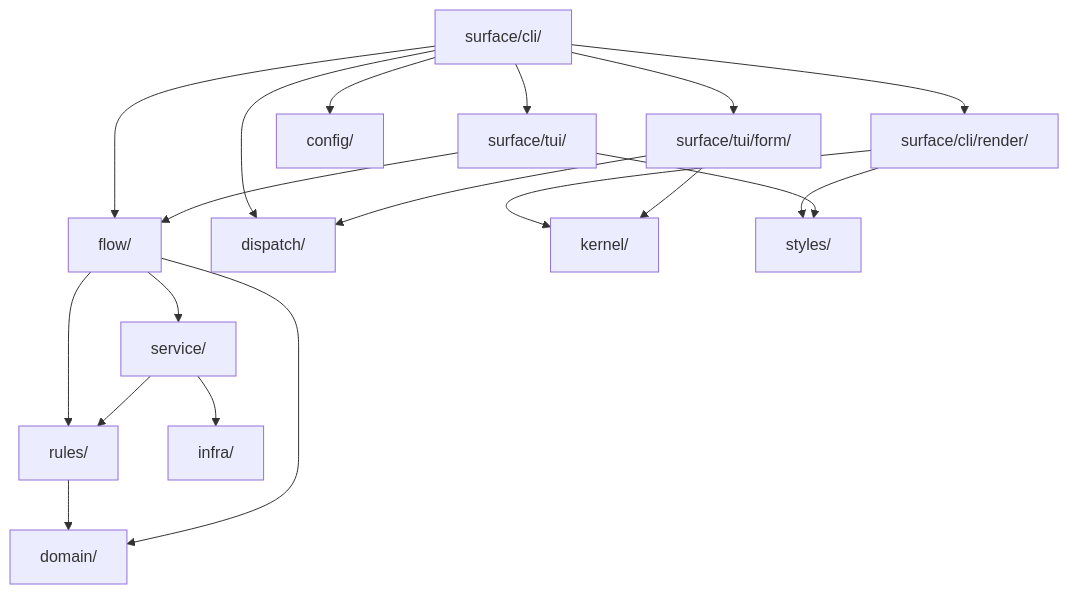
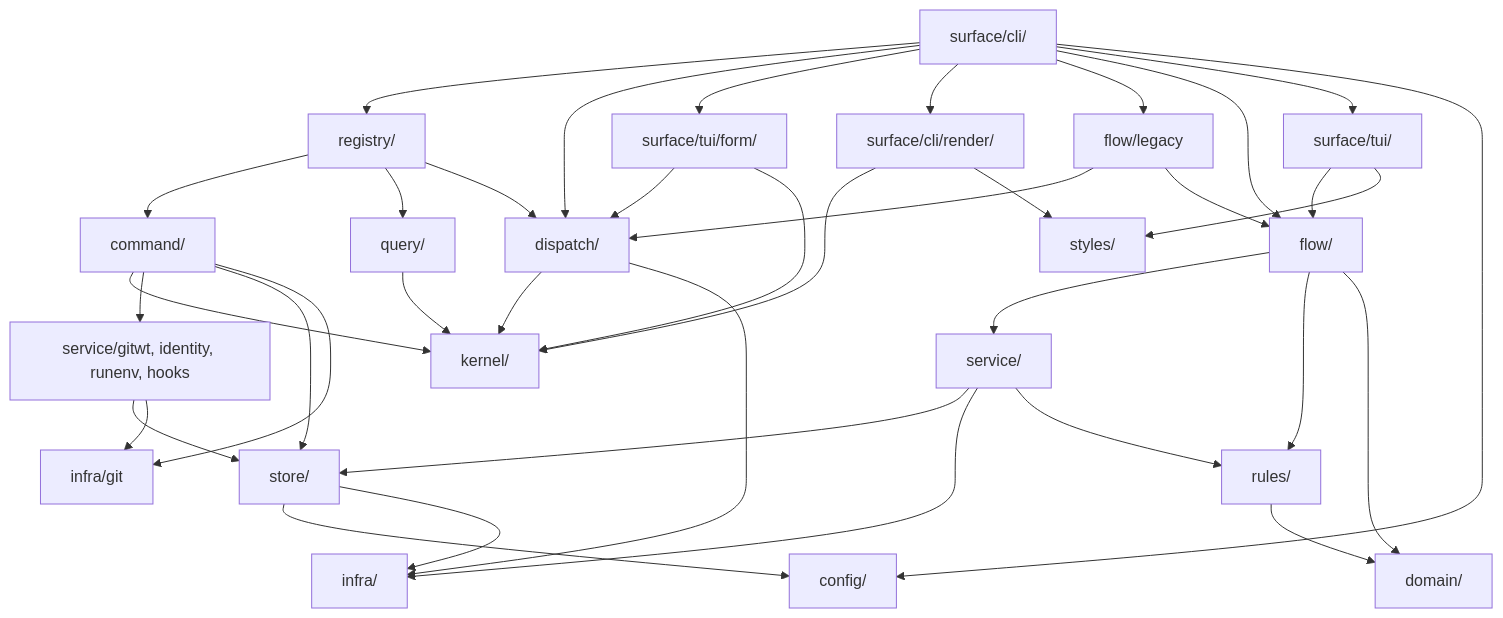
One commit to LucasPcq/wtm changed the diagram in docs/dev/architecture.md. Above: the diagram before and after it, drawn with Mermaid. The commit also changed other lines of this file and 10 other files, not shown here.

````diff
--- a/docs/dev/architecture.md
+++ b/docs/dev/architecture.md
@@ -179,21 +184,40 @@
 ```mermaid
 flowchart TD
-  commands["surface/cli/"] --> flow["flow/"]
-  commands --> output["surface/cli/render/"]
-  commands --> tui["surface/tui/"]
-  commands --> config["config/"]
-  commands --> dispatch["dispatch/"]
-  output --> kernel["kernel/"]
-  commands --> form["surface/tui/form/"]
+  cli["surface/cli/"] --> registry["registry/"]
+  cli --> dispatch["dispatch/"]
+  cli --> form["surface/tui/form/"]
+  cli --> output["surface/cli/render/"]
+  cli --> legacy["flow/legacy"]
+  cli --> flow["flow/"]
+  cli --> tui["surface/tui/"]
+  cli --> config["config/"]
+  registry --> command["command/"]
+  registry --> query["query/"]
+  registry --> dispatch
   form --> dispatch
   form --> kernel
+  output --> kernel["kernel/"]
+  legacy --> dispatch
+  legacy --> flow
+  dispatch --> kernel
+  dispatch --> infra["infra/"]
+  command --> kernel
+  command --> engineservices["service/gitwt, identity, runenv, hooks"]
+  command --> store["store/"]
+  command --> git["infra/git"]
+  query --> kernel
+  engineservices --> store
+  engineservices --> git
   tui --> flow
   flow --> service["service/"]
   flow --> rules["rules/"]
-  service --> infra["infra/"]
+  service --> store
+  service --> infra
   service --> rules
+  flow --> domain
+  store --> config
+  store --> infra
   rules --> domain["domain/"]
-  flow --> domain
   output --> styles["styles/"]
   tui --> styles
 ```
````
